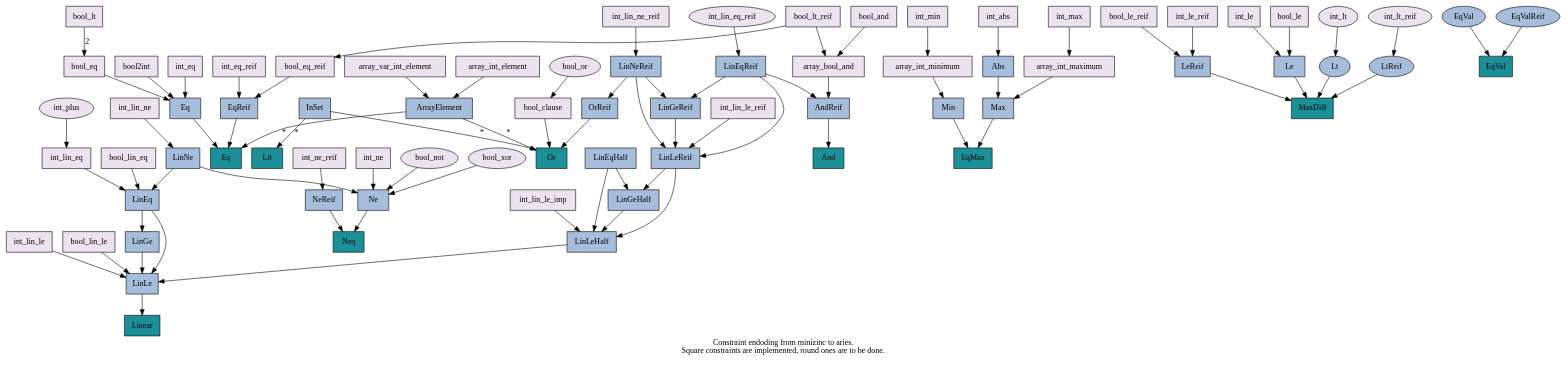
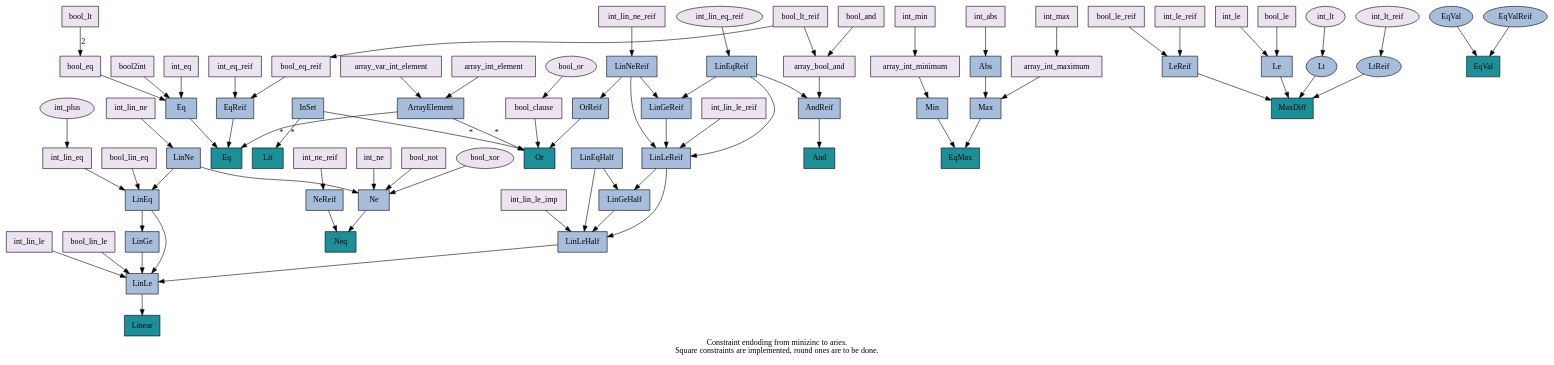
Before and after one commit to plaans/aries: the diagram in aries_fzn/doc/constraints.gv, drawn with Graphviz. The commit also changed 8 other files, not shown here.

Commit message:
Added flatzinc constraint bool_not.

```diff
--- a/aries_fzn/doc/constraints.gv
+++ b/aries_fzn/doc/constraints.gv
@@ -1,190 +1,190 @@
 // This document describes constraint encoding from minizinc to aries.
 // Use Graphviz to generate the graph.
 
 digraph constraints {
     label="Constraint endoding from minizinc to aries.\nSquare constraints are implemented, round ones are to be done."
     node [shape=rectangle colorscheme=pubugn3 style=filled] 
 
     // ---------- Minizinc ----------
     {
         node [fillcolor=1]
         mzn_array_int_element [label="array_int_element"]
         mzn_array_int_maximum [label="array_int_maximum"]
         mzn_array_int_minimum [label="array_int_minimum"]
         mzn_array_var_int_element [label="array_var_int_element"]
         mzn_int_abs [label="int_abs"]
         // mzn_int_div [label="int_div"] [shape=ellipse]
         mzn_int_eq [label="int_eq"]
         mzn_int_eq_reif [label="int_eq_reif"]
         mzn_int_le [label="int_le"]
         mzn_int_le_reif [label="int_le_reif"]
         mzn_int_lin_eq [label="int_lin_eq"]
         mzn_int_lin_eq_reif [label="int_lin_eq_reif"] [shape=ellipse]
         mzn_int_lin_le [label="int_lin_le"]
         mzn_int_lin_le_imp [label="int_lin_le_imp"]
         mzn_int_lin_le_reif [label="int_lin_le_reif"]
         mzn_int_lin_ne [label="int_lin_ne"]
         mzn_int_lin_ne_reif [label="int_lin_ne_reif"]
         mzn_int_lt [label="int_lt"] [shape=ellipse]
         mzn_int_lt_reif [label="int_lt_reif"] [shape=ellipse]
         mzn_int_max [label="int_max"]
         mzn_int_min [label="int_min"]
         // mzn_int_mod [label="int_mod"] [shape=ellipse]
         mzn_int_ne [label="int_ne"]
         mzn_int_ne_reif [label="int_ne_reif"]
         mzn_int_plus [label="int_plus"] [shape=ellipse]
         // mzn_int_pow [label="int_pow"] [shape=ellipse]
         // mzn_int_times [label="int_times"] [shape=ellipse]
         // mzn_set_in [label="set_in"] [shape=ellipse]
         mzn_array_bool_and [label="array_bool_and"]
         // mzn_array_bool_element [label="array_bool_element"] [shape=ellipse]
         // mzn_array_bool_xor [label="array_bool_xor"] [shape=ellipse]
         // mzn_array_var_bool_element [label="array_var_bool_element"] [shape=ellipse]
         mzn_bool_and [label="bool_and"]
         mzn_bool_clause [label="bool_clause"]
         mzn_bool_eq [label="bool_eq"]
         mzn_bool_eq_reif [label="bool_eq_reif"]
         mzn_bool_le [label="bool_le"]
         mzn_bool_le_reif [label="bool_le_reif"]
         mzn_bool_lin_eq [label="bool_lin_eq"]
         mzn_bool_lin_le [label="bool_lin_le"]
         mzn_bool_lt [label="bool_lt"]
         mzn_bool_lt_reif [label="bool_lt_reif"]
-        mzn_bool_not [label="bool_not"] [shape=ellipse]
+        mzn_bool_not [label="bool_not"]
         mzn_bool_or [label="bool_or"] [shape=ellipse]
         mzn_bool_xor [label="bool_xor"] [shape=ellipse]
         // mzn_bool_xor_reif [label="bool_xor_reif"] [shape=ellipse]
         mzn_bool2int [label="bool2int"]
     }
         
 
     // ---------- Solver API ----------
     {
         node [fillcolor=2]
         api_Abs [label="Abs"]
         api_AndReif [label="AndReif"]
         api_ArrayElement [label="ArrayElement"]
         api_Eq [label="Eq"]
         api_EqReif [label="EqReif"]
         api_EqVal [label="EqVal"] [shape=ellipse]
         api_EqValReif [label="EqValReif"] [shape=ellipse]
         api_InSet [label="InSet"]
         api_Le [label="Le"]
         api_LeReif [label="LeReif"]
         api_LinEq [label="LinEq"]
         api_LinEqHalf [label="LinEqHalf"]
         api_LinEqReif [label="LinEqReif"]
         api_LinGe [label="LinGe"]
         api_LinGeHalf [label="LinGeHalf"]
         api_LinGeReif [label="LinGeReif"]
         api_LinLe [label="LinLe"]
         api_LinLeHalf [label="LinLeHalf"]
         api_LinLeReif [label="LinLeReif"]
         api_LinNe [label="LinNe"]
         api_LinNeReif [label="LinNeReif"]
         api_Lt [label="Lt"] [shape=ellipse]
         api_LtReif [label="LtReif"] [shape=ellipse]
         api_Max [label="Max"]
         api_Min [label="Min"]
         api_Ne [label="Ne"]
         api_NeReif [label="NeReif"]
         api_OrReif [label="OrReif"]
     }
 
     // ---------- Solver ----------
     {
         node [fillcolor=3]
         // sol_Alternative [label="Alternative"]
         sol_And [label="And"]
         sol_Eq [label="Eq"]
         sol_EqMax [label="EqMax"]
         sol_EqVal [label="EqVal"]
         // sol_EqVarMulLit [label="EqVarMulLit"]
         sol_Linear [label="Linear"]
         sol_Lit [label="Lit"]
         sol_MaxDiff [label="MaxDiff"] // b - a <= ub
         sol_Neq [label="Neq"]
         // sol_NeqVal [label="NeqVal"]
         sol_Or [label="Or"]
     }
 
     // ---------- Minizinc ----------
     mzn_array_int_element -> api_ArrayElement
     mzn_array_int_maximum -> api_Max
     mzn_array_int_minimum -> api_Min
     mzn_array_var_int_element -> api_ArrayElement
     mzn_int_abs -> api_Abs
     // mzn_int_div
     mzn_int_eq -> api_Eq
     mzn_int_eq_reif -> api_EqReif
     mzn_int_le -> api_Le
     mzn_int_le_reif -> api_LeReif
     mzn_int_lin_eq -> api_LinEq
     mzn_int_lin_eq_reif -> api_LinEqReif
     mzn_int_lin_le -> api_LinLe
     mzn_int_lin_le_imp -> api_LinLeHalf
     mzn_int_lin_le_reif -> api_LinLeReif
     mzn_int_lin_ne -> api_LinNe
     mzn_int_lin_ne_reif -> api_LinNeReif
     mzn_int_lt -> api_Lt
     mzn_int_lt_reif -> api_LtReif
     mzn_int_max -> mzn_array_int_maximum
     mzn_int_min -> mzn_array_int_minimum
     // mzn_int_mod
     mzn_int_ne -> api_Ne
     mzn_int_ne_reif -> api_NeReif
     mzn_int_plus -> mzn_int_lin_eq
     // mzn_int_pow
     // mzn_int_times
     // mzn_set_in
 
     mzn_array_bool_and -> api_AndReif
     // mzn_array_bool_element
     // mzn_array_bool_xor
     // mzn_array_var_bool_element
     mzn_bool_and -> mzn_array_bool_and
     mzn_bool_clause -> sol_Or
     mzn_bool_eq -> api_Eq
     mzn_bool_eq_reif -> api_EqReif
     mzn_bool_le -> api_Le
     mzn_bool_le_reif -> api_LeReif
     mzn_bool_lin_eq -> api_LinEq
     mzn_bool_lin_le -> api_LinLe
     mzn_bool_lt -> mzn_bool_eq [label="2"]
     mzn_bool_lt_reif -> { mzn_array_bool_and; mzn_bool_eq_reif }
     mzn_bool_not -> api_Ne
     mzn_bool_or -> mzn_bool_clause
     mzn_bool_xor -> api_Ne
     // mzn_bool_xor_reif
     mzn_bool2int -> api_Eq
 
     // ---------- Solver API ----------
     api_Abs -> api_Max
     api_AndReif -> sol_And
     api_ArrayElement -> { sol_Eq; sol_Or } [label="*"]
     api_Eq -> sol_Eq
     api_EqReif -> sol_Eq
     api_EqVal -> sol_EqVal
     api_EqValReif -> sol_EqVal
     api_InSet -> { sol_Or; sol_Lit } [label="*"]
     api_Le -> sol_MaxDiff
     api_LeReif -> sol_MaxDiff
     api_LinEq -> { api_LinLe; api_LinGe }
     api_LinEqHalf -> { api_LinLeHalf; api_LinGeHalf }
     api_LinEqReif -> { api_LinLeReif; api_LinGeReif; api_AndReif }
     api_LinGe -> api_LinLe
     api_LinGeHalf -> api_LinLeHalf
     api_LinGeReif -> api_LinLeReif
     api_LinLe -> sol_Linear
     api_LinLeHalf -> api_LinLe
     api_LinLeReif -> { api_LinLeHalf; api_LinGeHalf }
     api_LinNe -> { api_LinEq; api_Ne }
     api_LinNeReif -> { api_LinLeReif; api_LinGeReif; api_OrReif }
     api_Lt -> sol_MaxDiff
     api_LtReif -> sol_MaxDiff
     api_Max -> sol_EqMax
     api_Min -> sol_EqMax
     api_Ne -> sol_Neq
     api_NeReif -> sol_Neq
     api_OrReif -> sol_Or
 }
```
